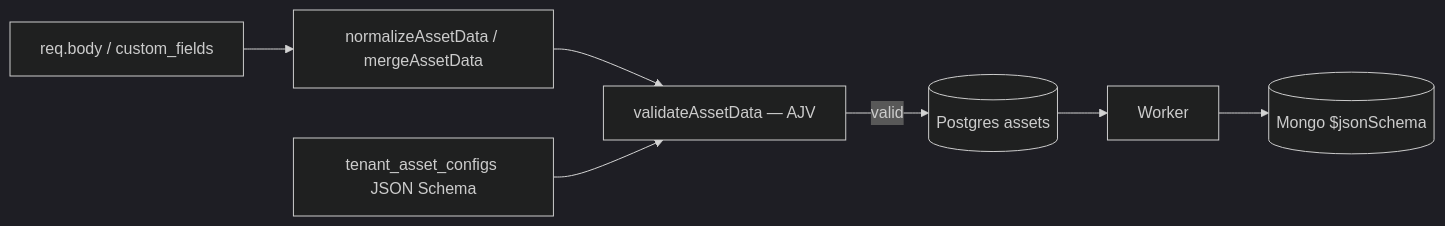
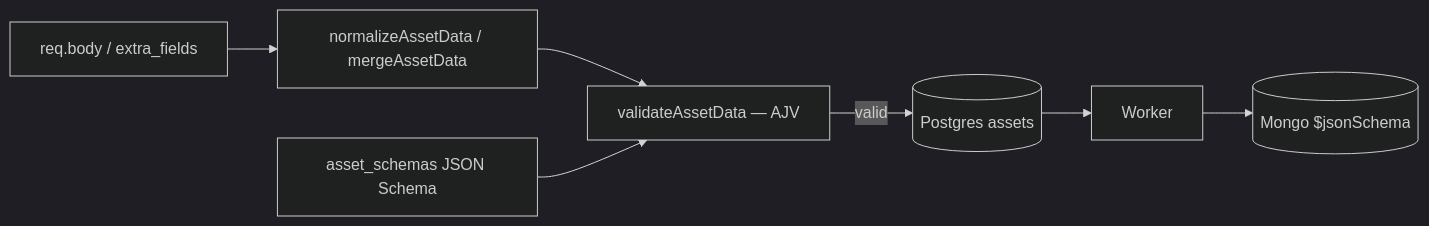
The fifth of 7 diagrams in ARCHITECTURE.md (msroot/voda_ai_homework), drawn with Mermaid (dark theme) before and after one commit. The commit also changed other lines of this file and 2 other files, not shown here.

````diff
--- a/ARCHITECTURE.md
+++ b/ARCHITECTURE.md
@@ -273,15 +298,15 @@
 ```mermaid
 flowchart LR
-  BODY[req.body / custom_fields]
+  BODY[req.body / extra_fields]
   NORM[normalizeAssetData / mergeAssetData]
-  CFG[tenant_asset_configs JSON Schema]
+  CFG[asset_schemas JSON Schema]
   AJV[validateAssetData — AJV]
   PG[(Postgres assets)]
   W[Worker]
   MONGO[(Mongo $jsonSchema)]
 
   BODY --> NORM --> AJV
   CFG --> AJV
   AJV -->|valid| PG
   PG --> W --> MONGO
 ```
````
